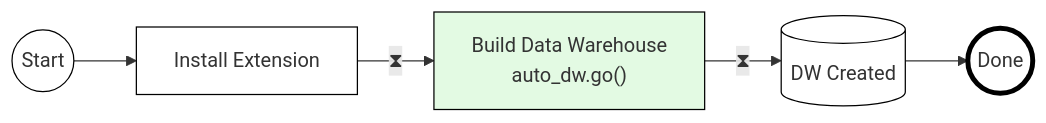
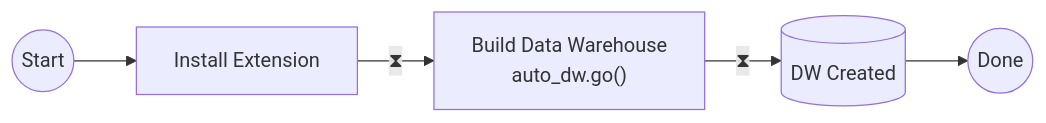
The first of 3 diagrams in README.md (tembo-io/pg_auto_dw), drawn with Mermaid before and after one commit. The commit also changed other lines of this file, not shown here.

````diff
--- a/README.md
+++ b/README.md
@@ -78,12 +92,7 @@
 ```mermaid
 flowchart LR
     Start(("Start")) --> ext["Install Extension"]
     ext -- #10711; --> build["Build Data Warehouse\nauto_dw.go()"]
     build -- #10711; --> DW[("DW Created")]
     DW --> Done(("Done"))
-    style Start stroke-width:1px,fill:#FFFFFF,stroke:#000000
-    style ext color:none,fill:#FFFFFF,stroke:#000000
-    style build fill:#e3fae3,stroke:#000000
-    style DW fill:#FFFFFF,stroke:#000000
-    style Done stroke-width:4px,fill:#FFFFFF,stroke:#000000
 ```
````
